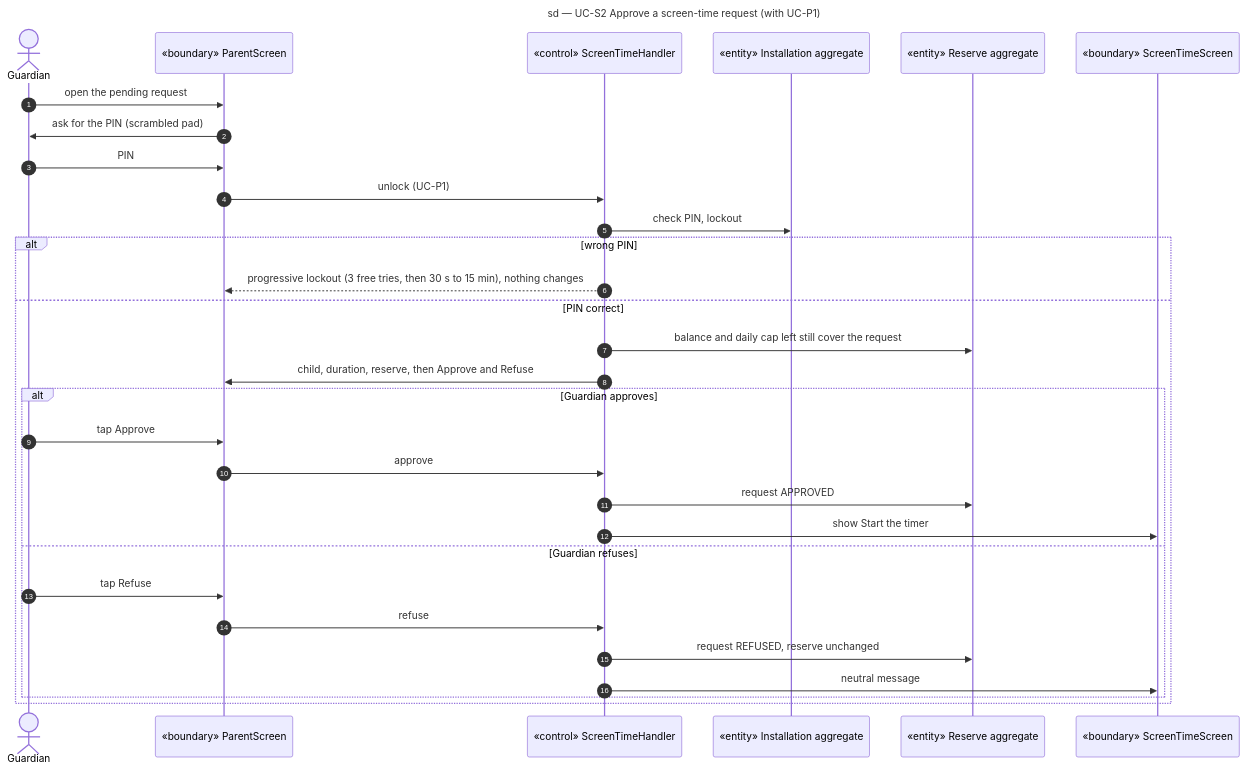
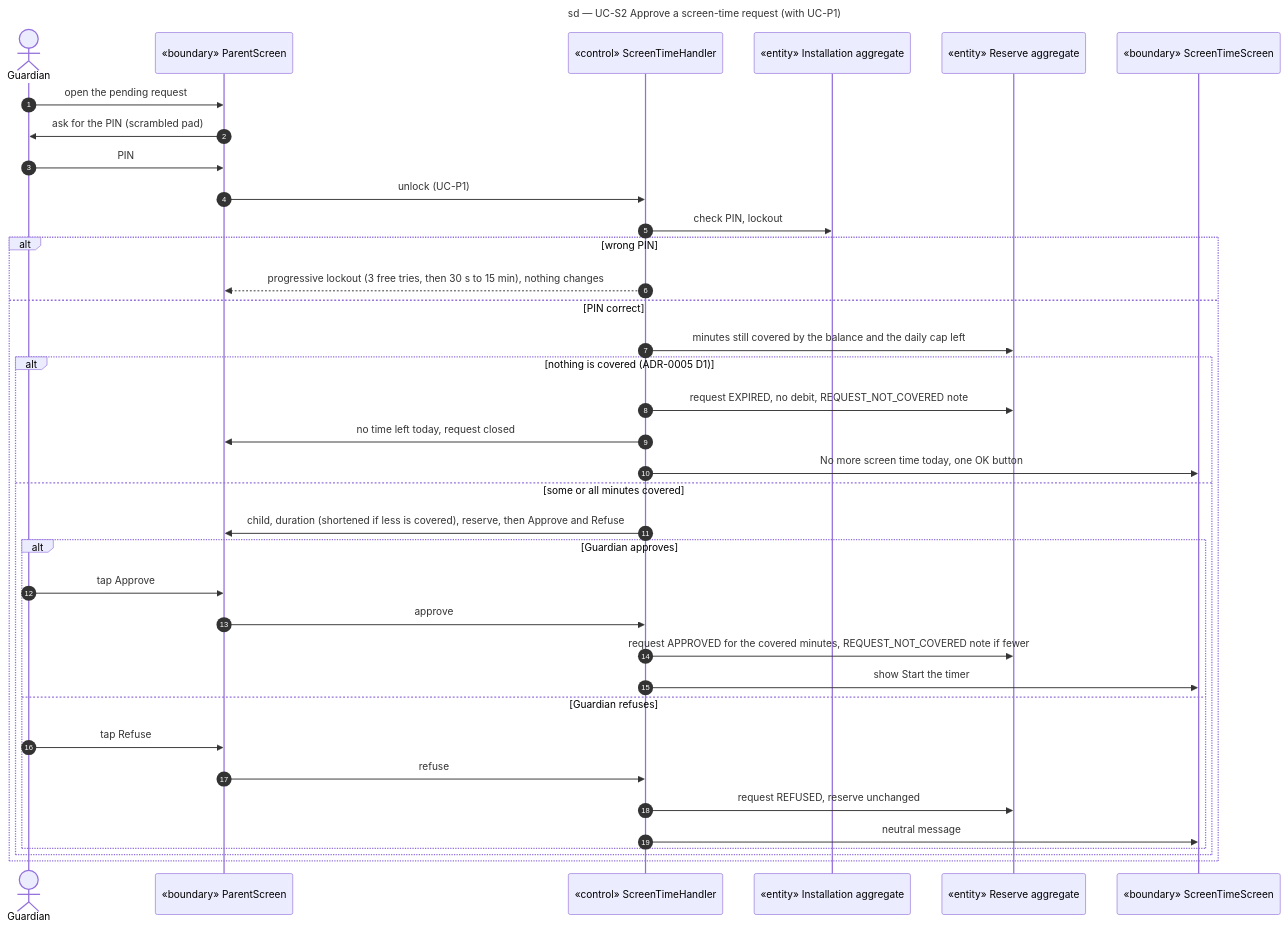
Before and after one commit to benoit-bremaud/learn-to-earn: the diagram in docs/architecture/diagrams/screen-time/03-sequence-approval.md, drawn with Mermaid. The commit also changed other lines of this file and 29 other files, not shown here.

First line of the commit message:
docs(architecture): clear the design backlog after the story review

````diff
--- a/docs/architecture/diagrams/screen-time/03-sequence-approval.md
+++ b/docs/architecture/diagrams/screen-time/03-sequence-approval.md
@@ -16,34 +16,40 @@
 ```mermaid
 sequenceDiagram
   title sd — UC-S2 Approve a screen-time request (with UC-P1)
   autonumber
   actor Guardian
   participant PUI as «boundary» ParentScreen
   participant Ctl as «control» ScreenTimeHandler
   participant Inst as «entity» Installation aggregate
   participant Reserve as «entity» Reserve aggregate
   participant UI as «boundary» ScreenTimeScreen
 
   Guardian->>PUI: open the pending request
   PUI->>Guardian: ask for the PIN (scrambled pad)
   Guardian->>PUI: PIN
   PUI->>Ctl: unlock (UC-P1)
   Ctl->>Inst: check PIN, lockout
   alt wrong PIN
     Ctl-->>PUI: progressive lockout (3 free tries, then 30 s to 15 min), nothing changes
   else PIN correct
-    Ctl->>Reserve: balance and daily cap left still cover the request
-    Ctl->>PUI: child, duration, reserve, then Approve and Refuse
-    alt Guardian approves
-      Guardian->>PUI: tap Approve
-      PUI->>Ctl: approve
-      Ctl->>Reserve: request APPROVED
-      Ctl->>UI: show Start the timer
-    else Guardian refuses
-      Guardian->>PUI: tap Refuse
-      PUI->>Ctl: refuse
-      Ctl->>Reserve: request REFUSED, reserve unchanged
-      Ctl->>UI: neutral message
+    Ctl->>Reserve: minutes still covered by the balance and the daily cap left
+    alt nothing is covered (ADR-0005 D1)
+      Ctl->>Reserve: request EXPIRED, no debit, REQUEST_NOT_COVERED note
+      Ctl->>PUI: no time left today, request closed
+      Ctl->>UI: No more screen time today, one OK button
+    else some or all minutes covered
+      Ctl->>PUI: child, duration (shortened if less is covered), reserve, then Approve and Refuse
+      alt Guardian approves
+        Guardian->>PUI: tap Approve
+        PUI->>Ctl: approve
+        Ctl->>Reserve: request APPROVED for the covered minutes, REQUEST_NOT_COVERED note if fewer
+        Ctl->>UI: show Start the timer
+      else Guardian refuses
+        Guardian->>PUI: tap Refuse
+        PUI->>Ctl: refuse
+        Ctl->>Reserve: request REFUSED, reserve unchanged
+        Ctl->>UI: neutral message
+      end
     end
   end
 ```
````
